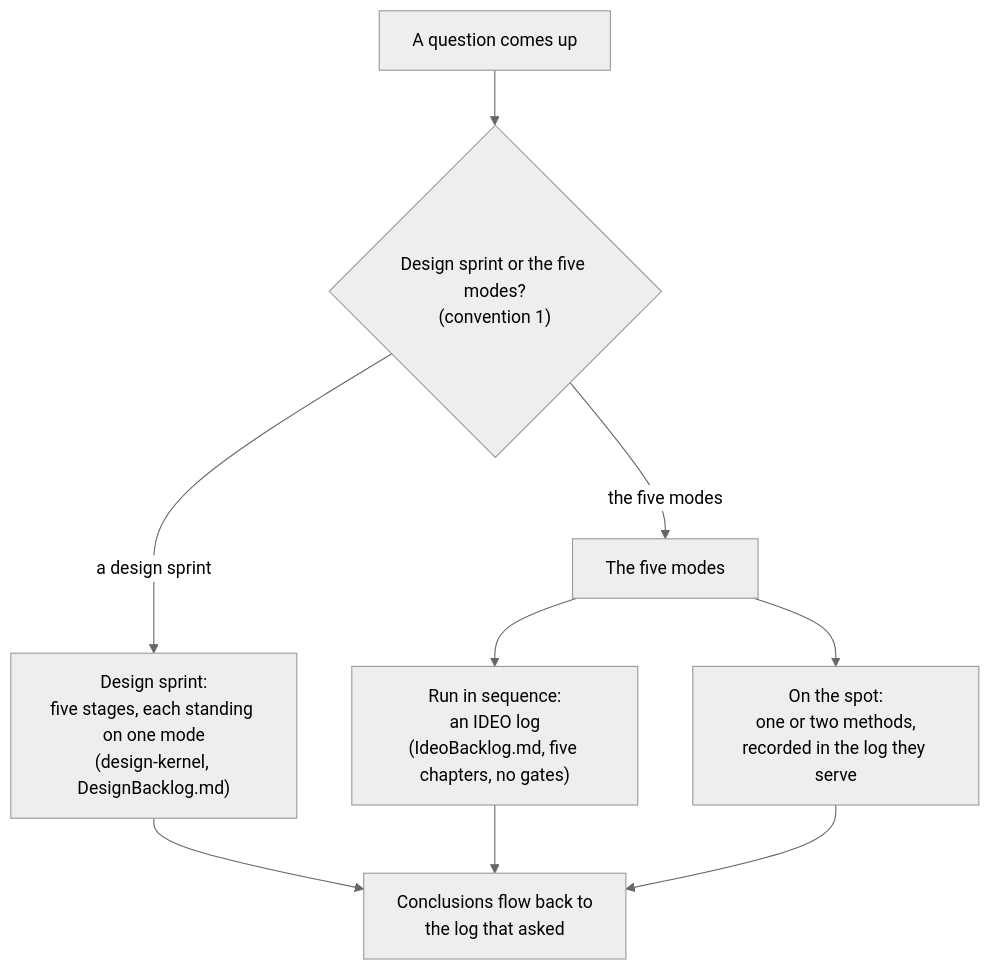
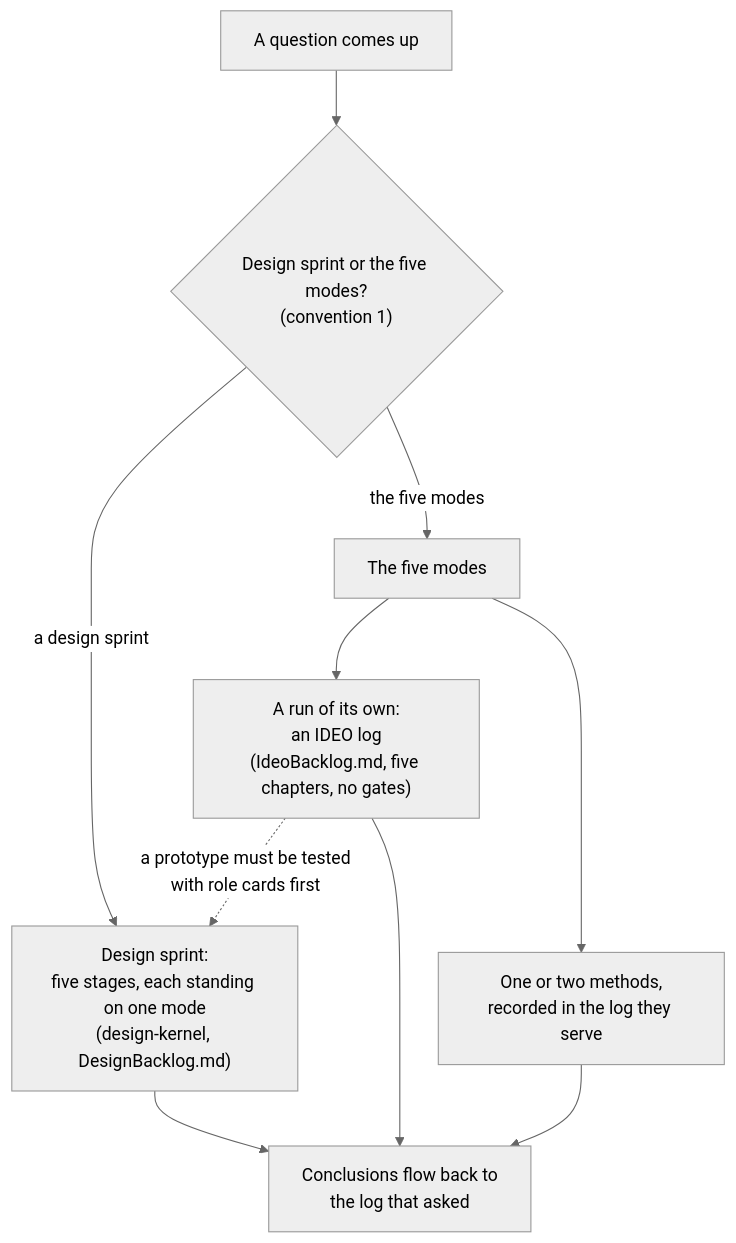
Before and after one commit to seapawn1/IDEO-Scrum: the diagram in codex/plugins/ideo-scrum/skills/ideo-kernel/conventions/ideo-log.md, drawn with Mermaid (neutral theme). The commit also changed other lines of this file and 14 other files, not shown here.

````diff
--- a/codex/plugins/ideo-scrum/skills/ideo-kernel/conventions/ideo-log.md
+++ b/codex/plugins/ideo-scrum/skills/ideo-kernel/conventions/ideo-log.md
@@ -7,11 +7,12 @@
 ```mermaid
 flowchart TD
     Q["A question comes up"] --> P{"Design sprint or the five modes?<br/>(convention 1)"}
     P -- "a design sprint" --> DS["Design sprint:<br/>five stages, each standing on one mode<br/>(design-kernel, DesignBacklog.md)"]
     P -- "the five modes" --> FM["The five modes"]
-    FM --> SEQ["Run in sequence:<br/>an IDEO log<br/>(IdeoBacklog.md, five chapters, no gates)"]
-    FM --> SPOT["On the spot:<br/>one or two methods,<br/>recorded in the log they serve"]
+    FM --> SEQ["A run of its own:<br/>an IDEO log<br/>(IdeoBacklog.md, five chapters, no gates)"]
+    FM --> SPOT["One or two methods,<br/>recorded in the log they serve"]
     DS --> R["Conclusions flow back to<br/>the log that asked"]
     SEQ --> R
     SPOT --> R
+    SEQ -. "a prototype must be tested<br/>with role cards first" .-> DS
 ```
````
